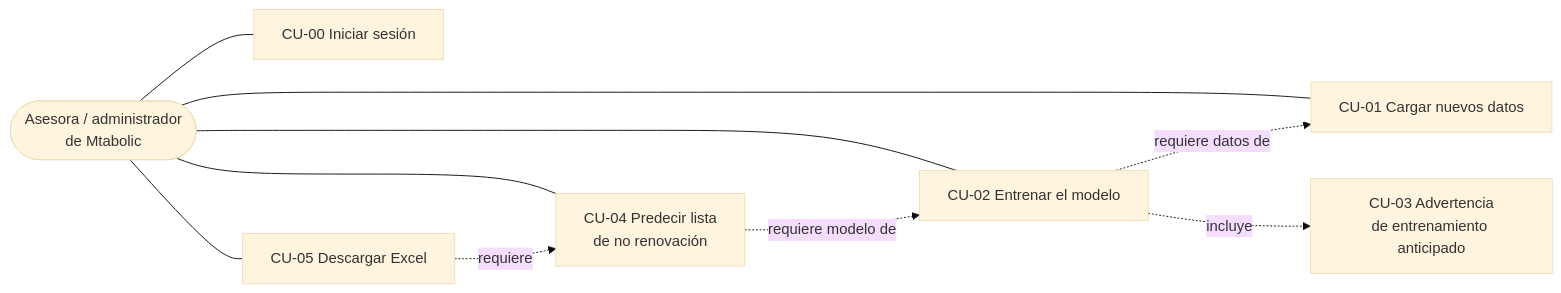
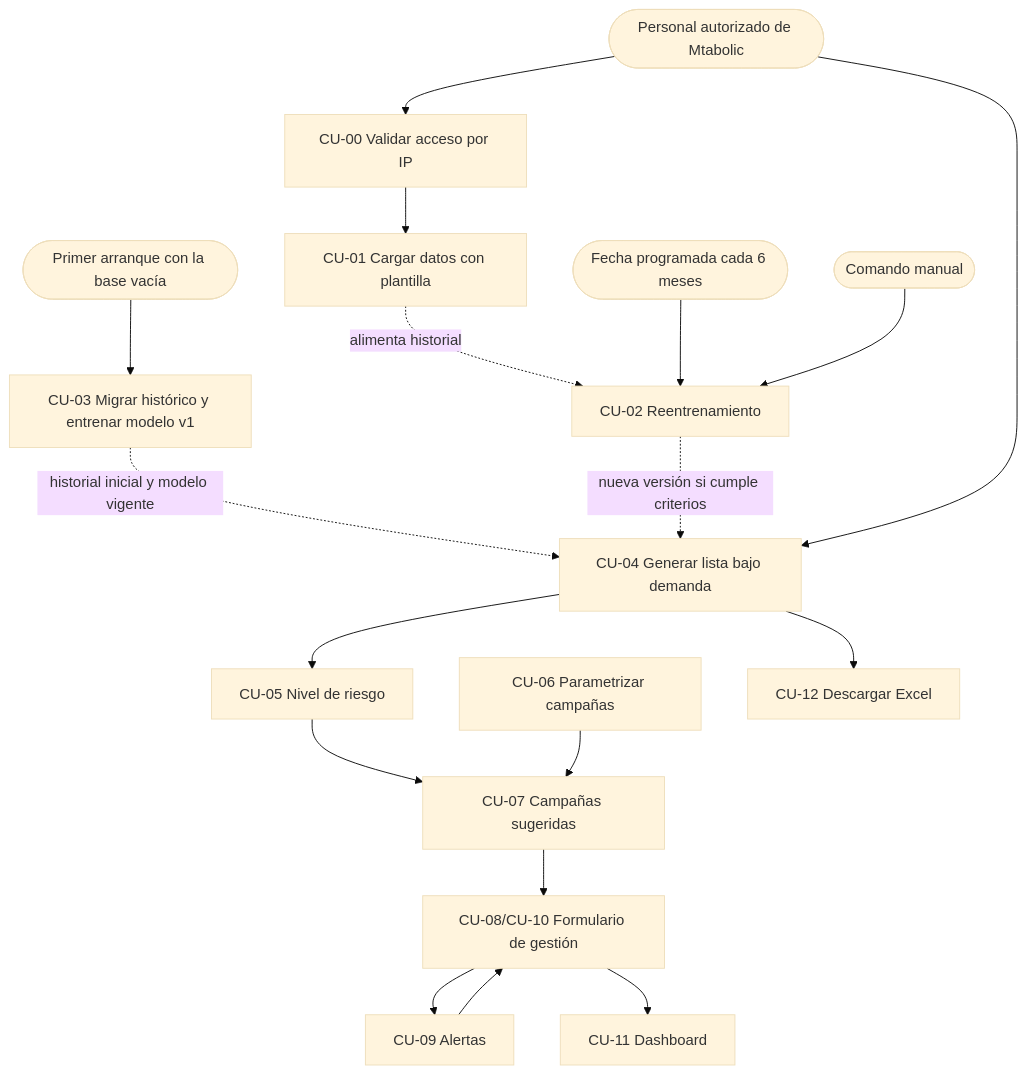
The first of 2 diagrams in Documentation/03-casos-de-uso.md (CralosMejia/ProyectoMIA), drawn with Mermaid (base theme) before and after one commit. The commit also changed other lines of this file and 145 other files, not shown here.

````diff
--- a/Documentation/03-casos-de-uso.md
+++ b/Documentation/03-casos-de-uso.md
@@ -22,13 +47,20 @@
 ```mermaid
-flowchart LR
-    A([Asesora / administrador<br/>de Mtabolic])
-    A --- CU00[CU-00 Iniciar sesión]
-    A --- CU01[CU-01 Cargar nuevos datos]
-    A --- CU02[CU-02 Entrenar el modelo]
-    A --- CU04[CU-04 Predecir lista<br/>de no renovación]
-    A --- CU05[CU-05 Descargar Excel]
-    CU02 -. incluye .-> CU03[CU-03 Advertencia<br/>de entrenamiento anticipado]
-    CU05 -. requiere .-> CU04
-    CU04 -. requiere modelo de .-> CU02
-    CU02 -. requiere datos de .-> CU01
+flowchart TD
+    INIT([Primer arranque con la base vacía]) --> CU03[CU-03 Migrar histórico y entrenar modelo v1]
+    CU03 -. historial inicial y modelo vigente .-> CU04
+    A([Personal autorizado de Mtabolic]) --> CU00[CU-00 Validar acceso por IP]
+    CU00 --> CU01[CU-01 Cargar datos con plantilla]
+    CU01 -. alimenta historial .-> CU02[CU-02 Reentrenamiento]
+    TIMER([Fecha programada cada 6 meses]) --> CU02
+    CMD([Comando manual]) --> CU02
+    CU02 -. nueva versión si cumple criterios .-> CU04[CU-04 Generar lista bajo demanda]
+    A --> CU04
+    CU04 --> CU05[CU-05 Nivel de riesgo]
+    CU05 --> CU07[CU-07 Campañas sugeridas]
+    CU06[CU-06 Parametrizar campañas] --> CU07
+    CU07 --> CU08[CU-08/CU-10 Formulario de gestión]
+    CU08 --> CU09[CU-09 Alertas]
+    CU09 --> CU08
+    CU08 --> CU11[CU-11 Dashboard]
+    CU04 --> CU12[CU-12 Descargar Excel]
 ```
````
